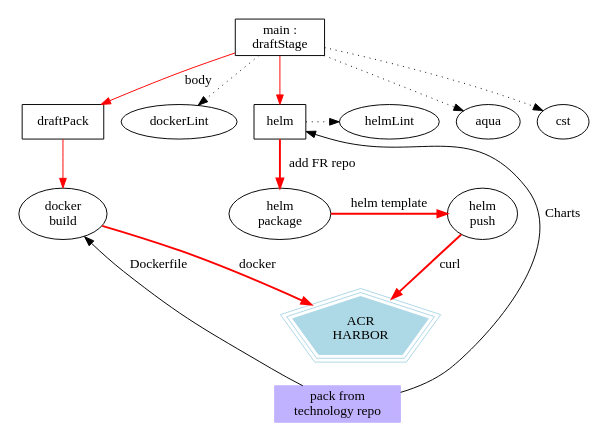
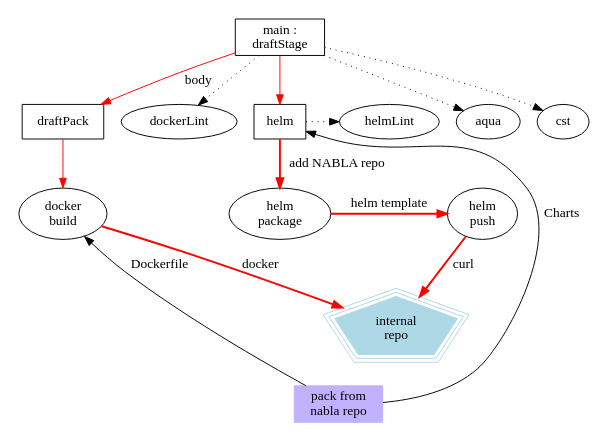
One commit to AlbanAndrieu/jenkins-pipeline-scripts changed the diagram in draftStage.gv. Above: the diagram before and after it, drawn with Graphviz. The commit also changed 2 other files, not shown here.

```diff
--- a/draftStage.gv
+++ b/draftStage.gv
@@ -1,40 +1,40 @@
 digraph G {
 size ="4,4";
 { rank = min; "main";}
 main [label="main :\ndraftStage", shape=box];
 { rank = same; "draftPack"; "dockerLint"; "helm"; "aqua"; "cst"; }
 //main -> {draftPack , dockerLint, helm, aqua, cst}
 main -> draftPack [label=" body", color=red];
 main -> dockerLint [style=dotted];
 draftPack [shape=box]; /* this is a comment */
 draftPack -> build [weight=8, color=red];
 subgraph cluster_1
   {
       aqua; cst;
   }
 main -> aqua [style=dotted];
 main -> cst [style=dotted];
 main -> helm [weight=8, color=red, rankdir=LR];
 { rank = same; "helm"; "helmLint"; }
 helm [shape=box];
 helm -> helmLint [style=dotted];
 subgraph cluster_2
   {
       helmPackage; helmPush;
   }
-helm -> helmPackage [weight=5, color=red, style=bold, label="add FR repo"]
+helm -> helmPackage [weight=5, color=red, style=bold, label="add NABLA repo"]
 { rank = same; "helmPackage"; "helmPush"; "build"; }
 helmPackage [label="helm\npackage"];
 helmPackage -> helmPush [color=red, style=bold, label="helm template"]
 helmPush [label="helm\npush"];
 helmPush -> push [color=red, style=bold,label="curl"]
 { rank = sink; "repo";}
 repo -> build [label="Dockerfile"]
 repo -> helm [label="Charts"]
 edge [color=red]; // so is this
 build -> push [style=bold,label="docker"];
 build [label="docker\nbuild"];
 node [shape=box,style=filled,color=".7 .3 1.0"];
-repo [label="pack from\ntechnology repo", shape=box,style=filled,color=".7 .3 1.0"];
-push [label="ACR\nHARBOR", shape=polygon,sides=5,peripheries=3,color=lightblue,style=filled];
+repo [label="pack from\nnabla repo", shape=box,style=filled,color=".7 .3 1.0"];
+push [label="internal\nrepo", shape=polygon,sides=5,peripheries=3,color=lightblue,style=filled];
 }
```
